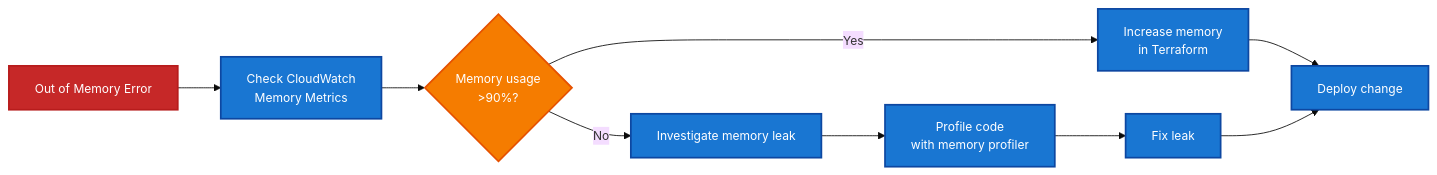
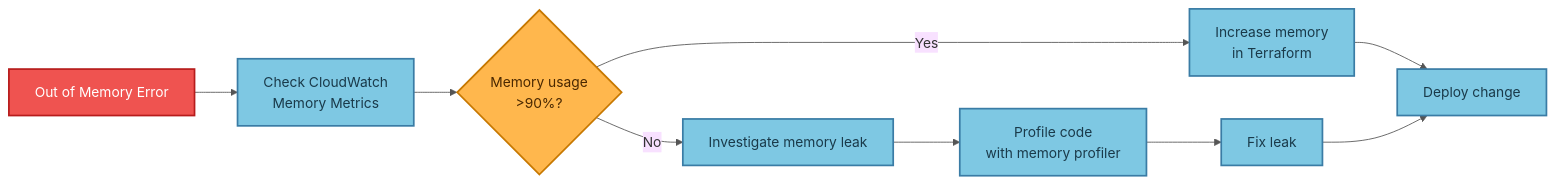
One commit to traylorre/sentiment-analyzer-gsk changed the sixth of 10 diagrams in docs/OPERATIONAL_FLOWS.md. Above: the diagram before and after it, drawn with Mermaid. The commit also changed other lines of this file and 3 other files, not shown here.

First line of the commit message:
docs: Update mermaid diagrams with better contrast colors

````diff
--- a/docs/OPERATIONAL_FLOWS.md
+++ b/docs/OPERATIONAL_FLOWS.md
@@ -301,20 +301,20 @@
 ```mermaid
-%%{init: {'theme':'base', 'themeVariables': {'fontSize':'14px'}}}%%
+%%{init: {'theme':'base', 'themeVariables': {'primaryColor':'#fff8e1', 'primaryTextColor':'#333', 'primaryBorderColor':'#c9a227', 'lineColor':'#555'}}}%%
 flowchart LR
     OOM[Out of Memory Error] --> CheckMetrics[Check CloudWatch<br/>Memory Metrics]
     CheckMetrics --> MemUsage{Memory usage<br/>>90%?}
     MemUsage -->|Yes| IncreaseMemory[Increase memory<br/>in Terraform]
     MemUsage -->|No| MemoryLeak[Investigate memory leak]
     IncreaseMemory --> Deploy[Deploy change]
     MemoryLeak --> ProfileCode[Profile code<br/>with memory profiler]
     ProfileCode --> FixLeak[Fix leak]
     FixLeak --> Deploy
 
-    classDef error fill:#c62828,stroke:#b71c1c,stroke-width:2px,color:#fff
-    classDef decision fill:#f57c00,stroke:#e65100,stroke-width:2px,color:#fff
-    classDef action fill:#1976d2,stroke:#0d47a1,stroke-width:2px,color:#fff
+    classDef errorNode fill:#ef5350,stroke:#b71c1c,stroke-width:2px,color:#fff
+    classDef decisionNode fill:#ffb74d,stroke:#c77800,stroke-width:2px,color:#4a2800
+    classDef actionNode fill:#7ec8e3,stroke:#3a7ca5,stroke-width:2px,color:#1a3a4a
 
-    class OOM error
-    class MemUsage decision
-    class CheckMetrics,IncreaseMemory,MemoryLeak,ProfileCode,FixLeak,Deploy action
+    class OOM errorNode
+    class MemUsage decisionNode
+    class CheckMetrics,IncreaseMemory,MemoryLeak,ProfileCode,FixLeak,Deploy actionNode
 ```
````
